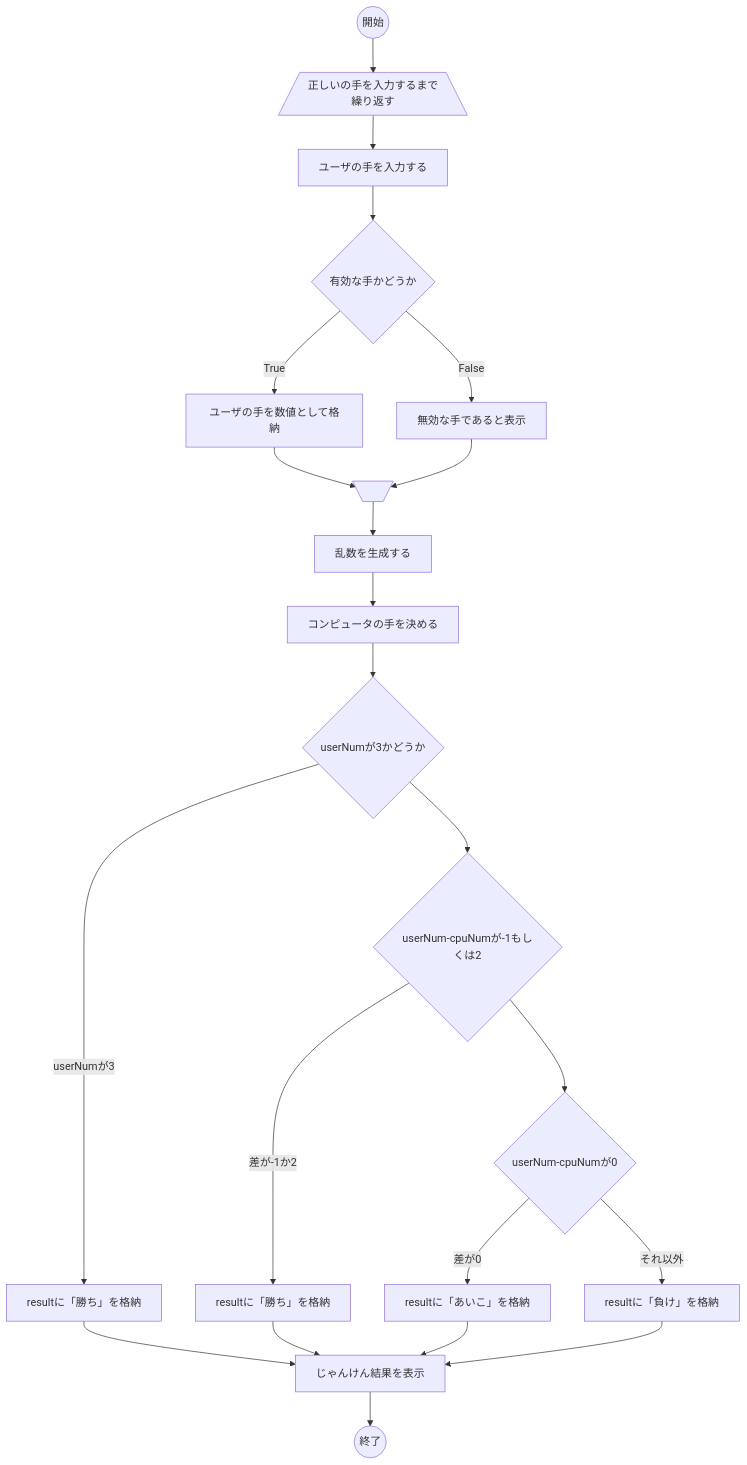
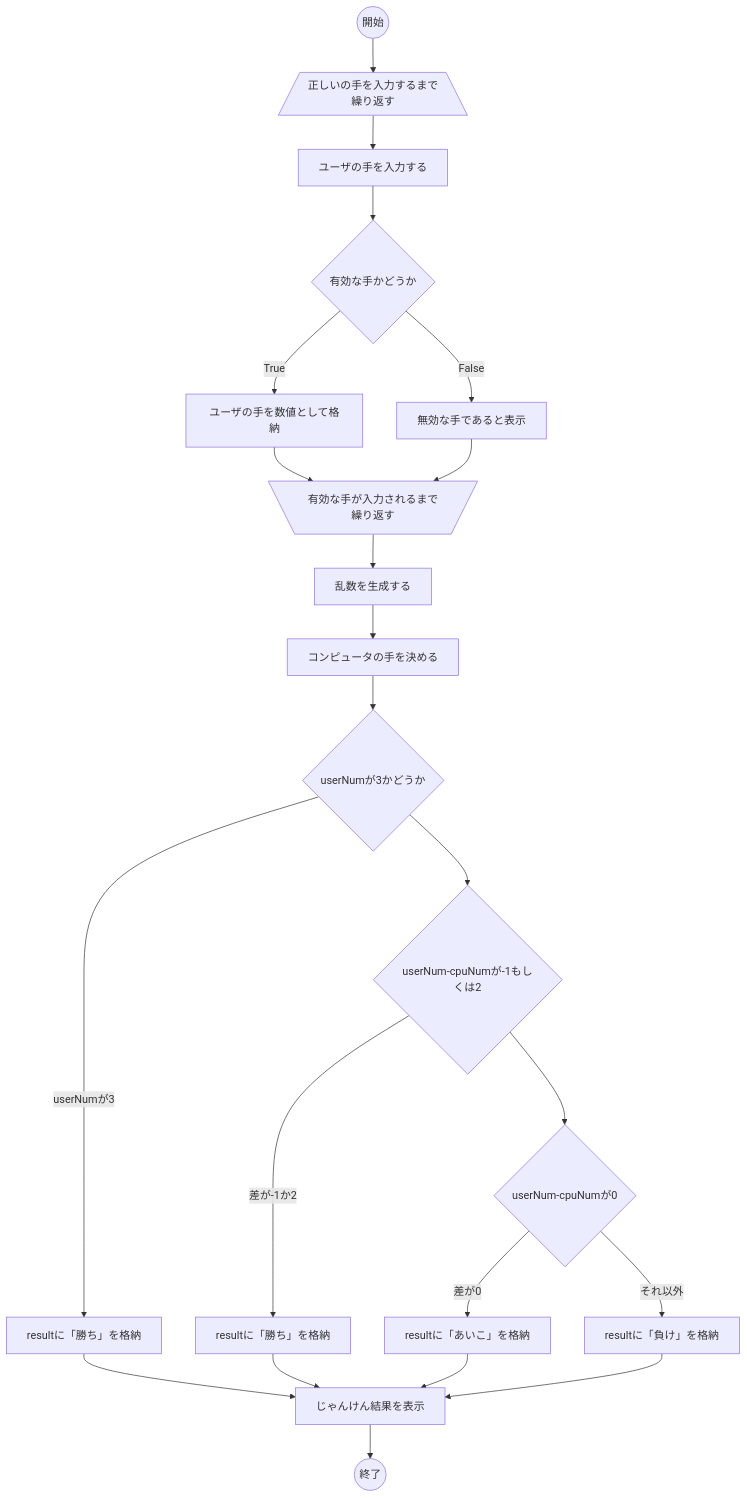
Before and after one commit to 2023-new-graduate-takadanobaba/yamada: the diagram in 007_じゃんけん.md, drawn with Mermaid.

````diff
--- a/007_じゃんけん.md
+++ b/007_じゃんけん.md
@@ -138,24 +138,24 @@
 ```mermaid
 flowchart TB;
   A(("開始")) --> B[/正しいの手を入力するまで繰り返す\];
   B --> C["ユーザの手を入力する"];
   C --> D{"有効な手かどうか"};
   D -- True --> E["ユーザの手を数値として格納"];
   D -- False --> F["無効な手であると表示"];
-  E --> G[\　/];
+  E --> G[\有効な手が入力されるまで繰り返す/];
   F --> G;
   G --> H["乱数を生成する"];
   H --> I["コンピュータの手を決める"];
   I --> J{"userNumが3かどうか"};
   J --userNumが3--> K["resultに「勝ち」を格納"];
   J --> L{"userNum-cpuNumが-1もしくは2"};
   L --差が-1か2--> M["resultに「勝ち」を格納"];
   L --> N{"userNum-cpuNumが0"};
   N --差が0--> O["resultに「あいこ」を格納"];
   N --それ以外--> P["resultに「負け」を格納"];
   K --> Q["じゃんけん結果を表示"];
   M --> Q;
   O --> Q;
   P --> Q;
   Q --> R(("終了"));
 ```
````
